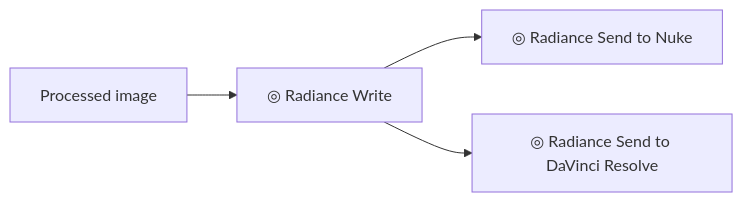
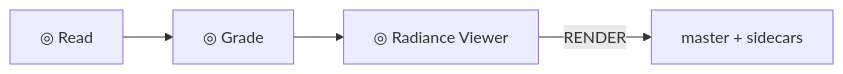
The third of 3 diagrams in docs/quickstart.md (fxtdstudios/radiance-beta), drawn with Mermaid before and after one commit. The commit also changed other lines of this file and 23 other files, not shown here.

````diff
--- a/docs/quickstart.md
+++ b/docs/quickstart.md
@@ -73,6 +147,6 @@
 ```mermaid
 flowchart LR
-    A["Processed image"] --> B["◎ Radiance Write"]
-    B --> C["◎ Radiance Send to Nuke"]
-    B --> D["◎ Radiance Send to DaVinci Resolve"]
+    A["◎ Read"] --> B["◎ Grade"]
+    B --> C["◎ Radiance Viewer"]
+    C -->|"RENDER"| D["master + sidecars"]
 ```
````
